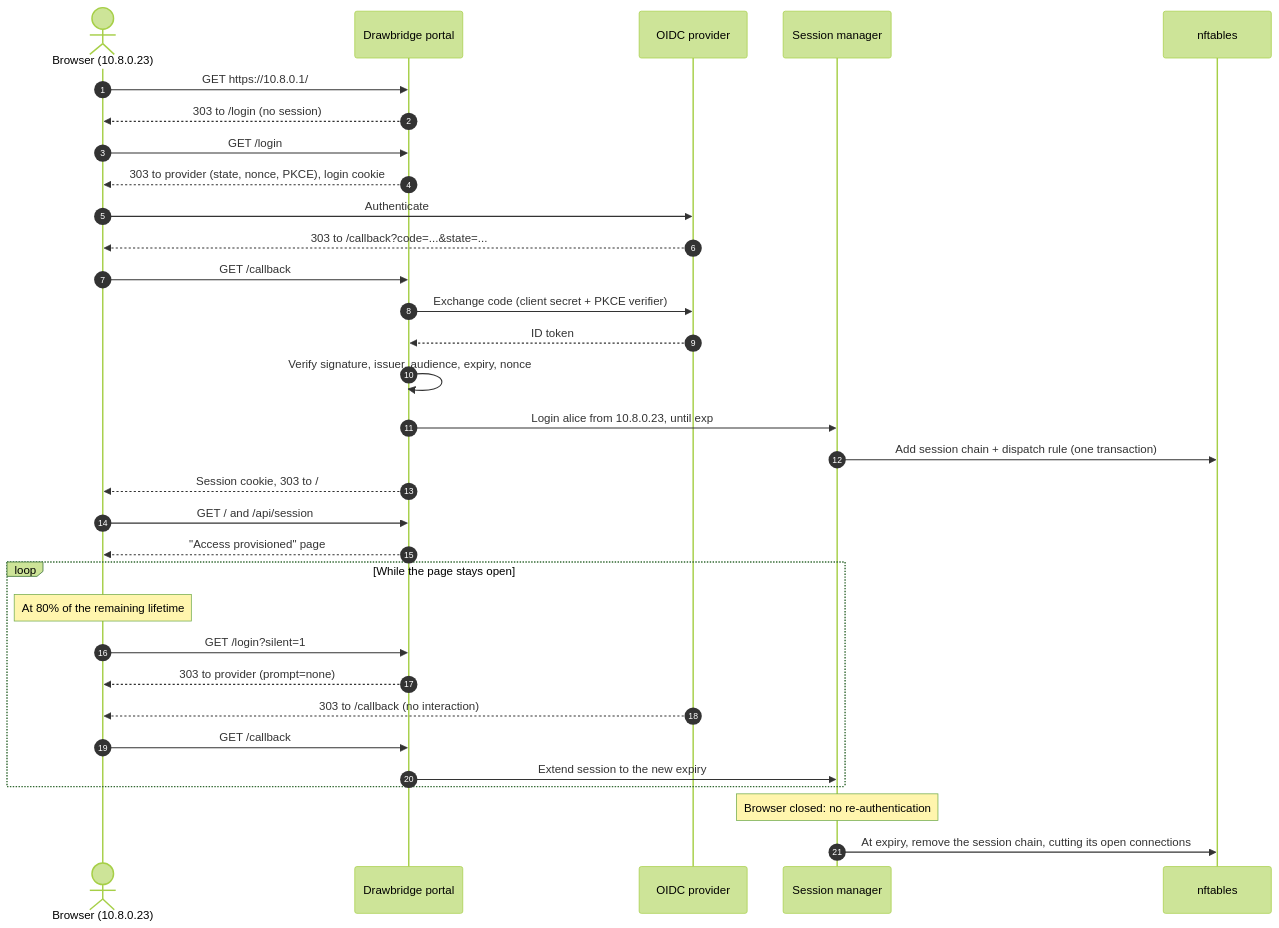
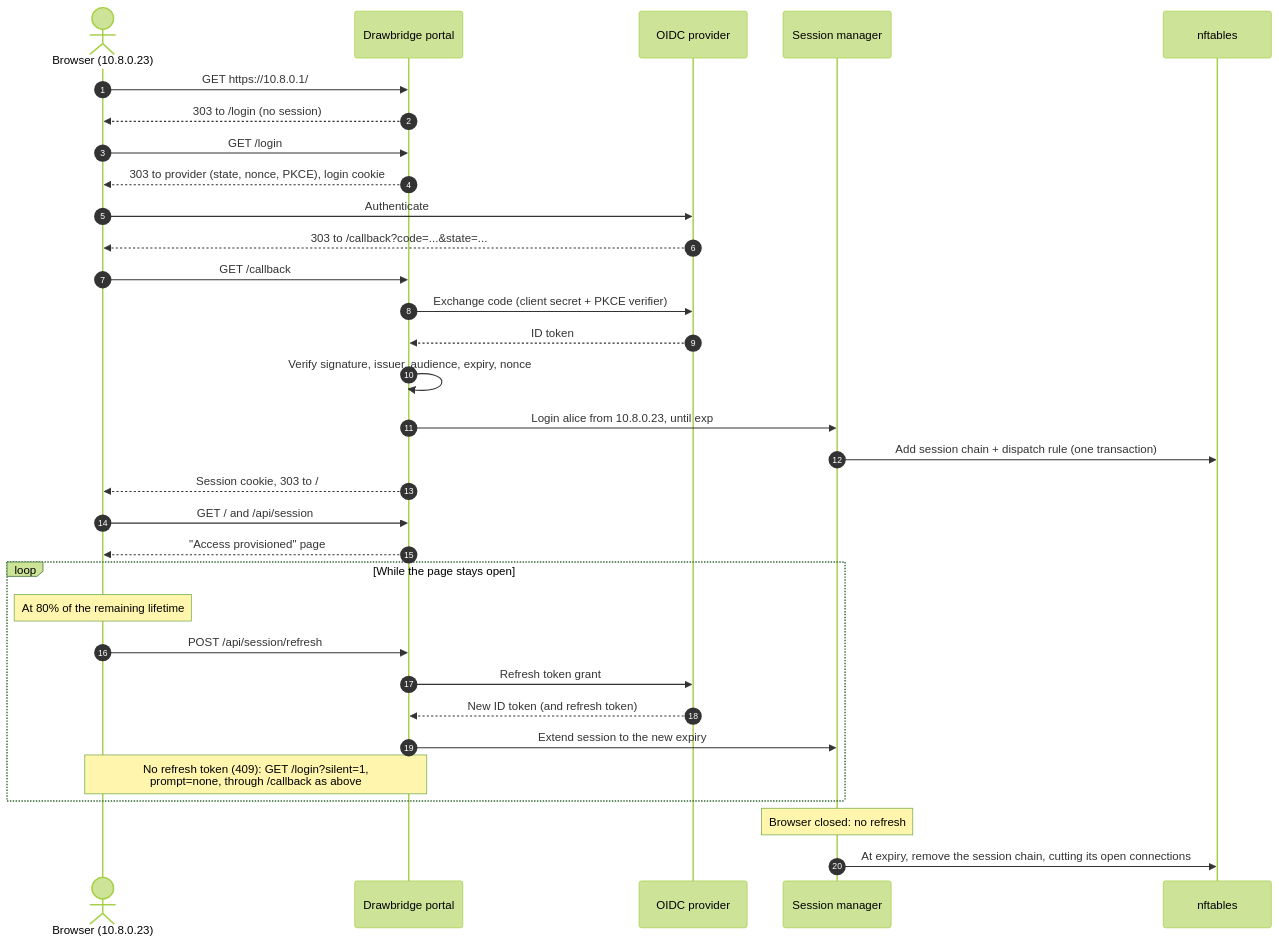
The third of 5 diagrams in README.md (ChrisPortman/Drawbridge), drawn with Mermaid (forest theme) before and after one commit. The commit also changed other lines of this file and 25 other files, not shown here.

````diff
--- a/README.md
+++ b/README.md
@@ -609,37 +695,37 @@
 ```mermaid
 sequenceDiagram
     autonumber
     actor B as Browser (10.8.0.23)
     participant P as Drawbridge portal
     participant I as OIDC provider
     participant S as Session manager
     participant N as nftables
 
     B->>P: GET https://10.8.0.1/
     P-->>B: 303 to /login (no session)
     B->>P: GET /login
     P-->>B: 303 to provider (state, nonce, PKCE), login cookie
     B->>I: Authenticate
     I-->>B: 303 to /callback?code=...&state=...
     B->>P: GET /callback
     P->>I: Exchange code (client secret + PKCE verifier)
     I-->>P: ID token
     P->>P: Verify signature, issuer, audience, expiry, nonce
     P->>S: Login alice from 10.8.0.23, until exp
     S->>N: Add session chain + dispatch rule (one transaction)
     P-->>B: Session cookie, 303 to /
     B->>P: GET / and /api/session
     P-->>B: "Access provisioned" page
 
     loop While the page stays open
         Note over B: At 80% of the remaining lifetime
-        B->>P: GET /login?silent=1
-        P-->>B: 303 to provider (prompt=none)
-        I-->>B: 303 to /callback (no interaction)
-        B->>P: GET /callback
+        B->>P: POST /api/session/refresh
+        P->>I: Refresh token grant
+        I-->>P: New ID token (and refresh token)
         P->>S: Extend session to the new expiry
+        Note over B,P: No refresh token (409): GET /login?silent=1,<br/>prompt=none, through /callback as above
     end
 
-    Note over S: Browser closed: no re-authentication
+    Note over S: Browser closed: no refresh
     S->>N: At expiry, remove the session chain, cutting its open connections
 ```
````
